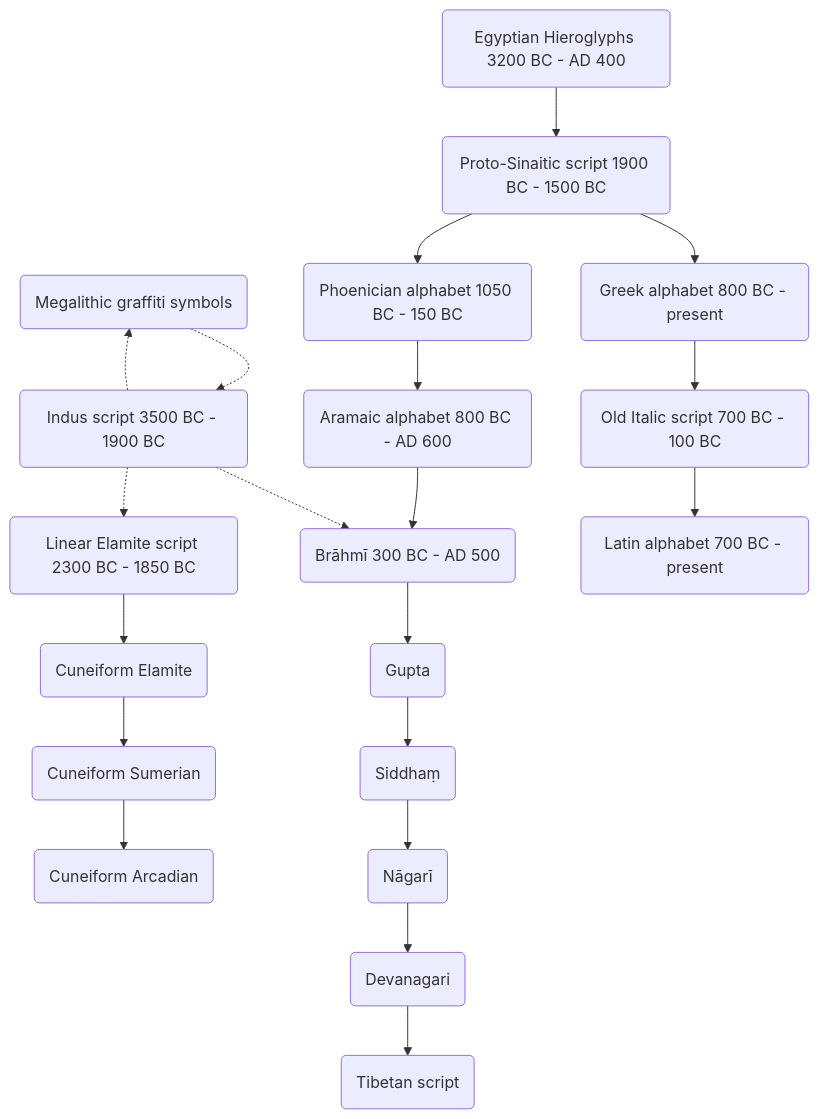
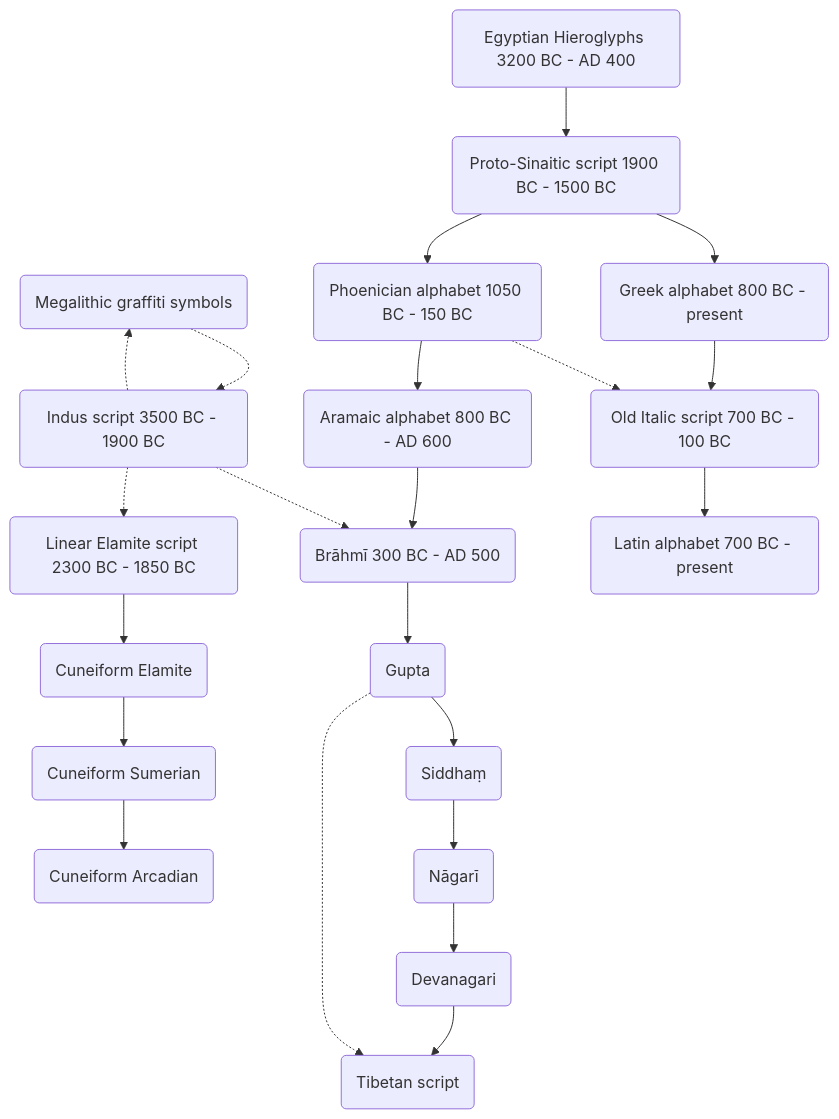
Before and after one commit to DigitalTibetan/DigitalTibetan: the first of 4 diagrams in docs/tibetan_script_history.md, drawn with Mermaid. The commit also changed other lines of this file, not shown here.

Commit message:
timelines and source refs

````diff
--- a/docs/tibetan_script_history.md
+++ b/docs/tibetan_script_history.md
@@ -33,23 +34,25 @@
 ```{mermaid}
 graph TD;  
 BA(Megalithic graffiti symbols)-.->BB(Indus script 3500 BC - 1900 BC);
 
 CA(Linear Elamite script 2300 BC - 1850 BC)-->CB(Cuneiform Elamite);
 CB-->CD(Cuneiform Sumerian);
 CD-->CE(Cuneiform Arcadian);
 L0A(Egyptian Hieroglyphs 3200 BC - AD 400<br>)-->LA(Proto-Sinaitic script 1900 BC - 1500 BC);
 LA-->LB(Phoenician alphabet 1050 BC - 150 BC);
 LB-->LC(Aramaic alphabet 800 BC - AD 600);
 LC-->LD(Brāhmī 300 BC - AD 500);
 LD-->LE(Gupta);
 LE-->LF(Siddhaṃ);
 LF-->LG(Nāgarī);
 LG-->LH(Devanagari);
 LH-->LI(Tibetan script);
 LA-->LK(Greek alphabet 800 BC - present);
 LK-->LL(Old Italic script 700 BC - 100 BC);
 LL-->LM(Latin alphabet 700 BC - present);
 BB-.->LD;
 BB-.->BA;
 BB-.->CA;
+LB-.->LL;
+LE-.->LI;
 ```
````
